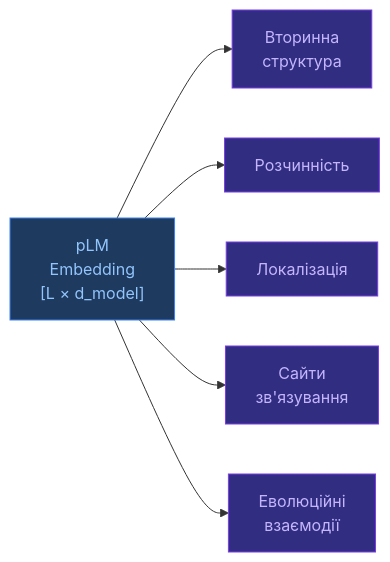
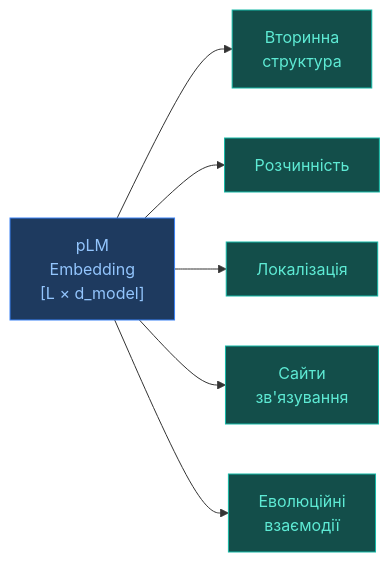
Before and after one commit to OlehVolkov/AlphaFold3-AIGen-KnowledgeBase: the second of 3 diagrams in UA/2. Концепції/2.2. Машинне-Навчання/2.2.3. Білкові мовні моделі.md, drawn with Mermaid. The commit also changed other lines of this file and 35 other files, not shown here.

````diff
--- a/UA/2. Концепції/2.2. Машинне-Навчання/2.2.3. Білкові мовні моделі.md
+++ b/UA/2. Концепції/2.2. Машинне-Навчання/2.2.3. Білкові мовні моделі.md
@@ -73,14 +73,18 @@
 ```mermaid
 flowchart LR
-    EMB["pLM<br/>Embedding<br/>[L × d_model]"]:::emb
-    SS["Вторинна<br/>структура"]:::out
-    SOL["Розчинність"]:::out
-    LOC["Локалізація"]:::out
-    BIND["Сайти<br/>зв'язування"]:::out
-    EVO["Еволюційні<br/>взаємодії"]:::out
+    EMB["pLM<br/>Embedding<br/>[L × d_model]"]:::input
+    SS["Вторинна<br/>структура"]:::output
+    SOL["Розчинність"]:::output
+    LOC["Локалізація"]:::output
+    BIND["Сайти<br/>зв'язування"]:::output
+    EVO["Еволюційні<br/>взаємодії"]:::output
 
     EMB --> SS & SOL & LOC & BIND & EVO
 
-    classDef emb fill:#1e3a5f,stroke:#3b82f6,color:#93c5fd
-    classDef out fill:#312e81,stroke:#7c3aed,color:#c4b5fd
+    classDef input fill:#1e3a5f,stroke:#3b82f6,color:#93c5fd
+    classDef trunk fill:#312e81,stroke:#7c3aed,color:#c4b5fd
+    classDef diffusion fill:#14532d,stroke:#22c55e,color:#86efac
+    classDef confidence fill:#7c2d12,stroke:#ea580c,color:#fdba74
+    classDef output fill:#134e4a,stroke:#14b8a6,color:#5eead4
+    classDef neutral fill:#1e293b,stroke:#475569,color:#94a3b8
 ```
````
